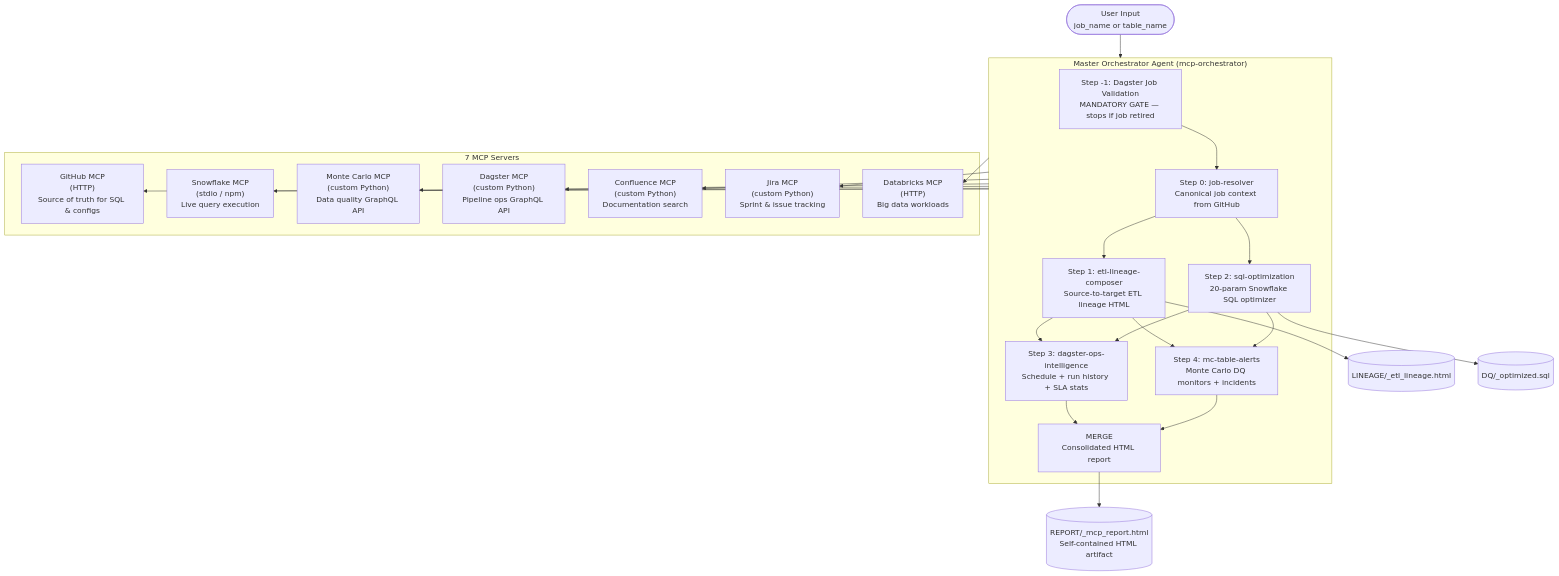
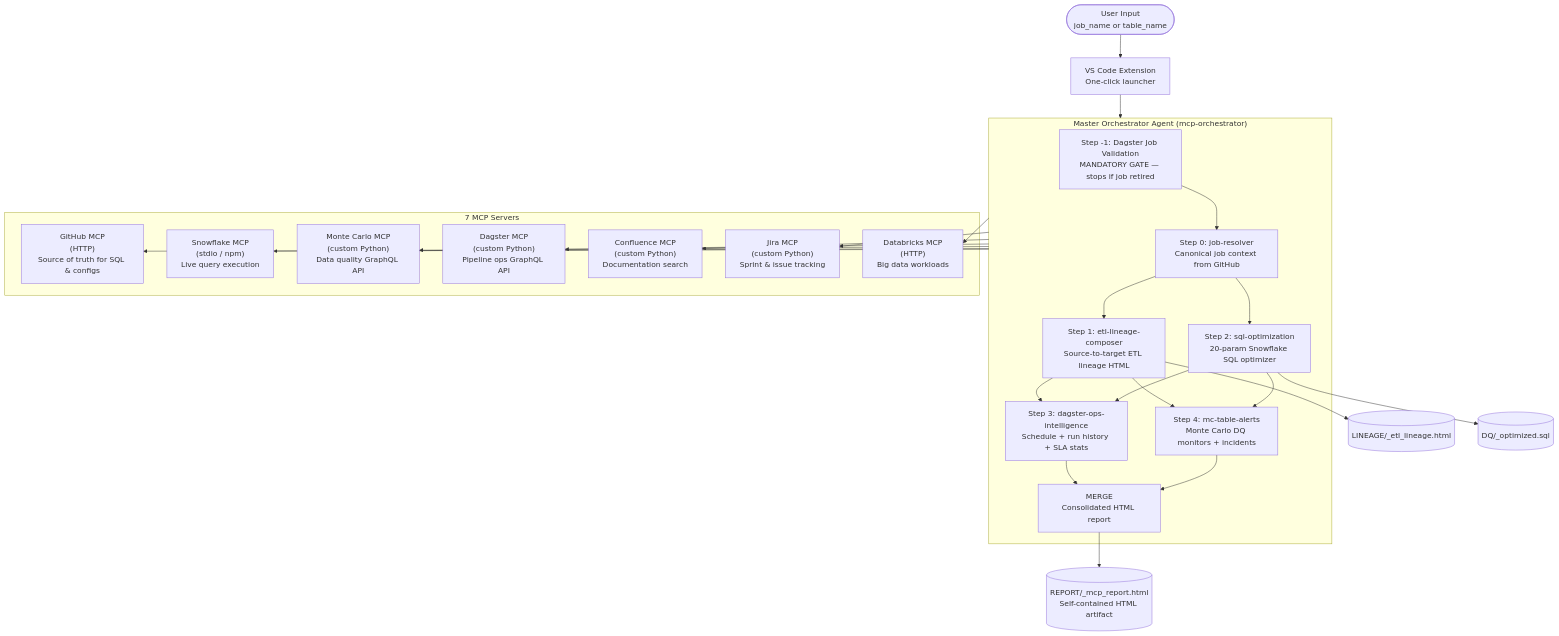
The diagram in README.md (singhsushil-nexgenai/enterprise-mcp-agent-orchestrator), drawn with Mermaid before and after one commit. The commit also changed other lines of this file, not shown here.

````diff
--- a/README.md
+++ b/README.md
@@ -10,32 +45,33 @@
 ```mermaid
 flowchart TD
-    USER([User Input\njob_name or table_name]) --> ORCH
+    USER([User Input\njob_name or table_name]) --> EXT
+    EXT["VS Code Extension\nOne-click launcher"] --> ORCH
 
     subgraph ORCH["Master Orchestrator Agent (mcp-orchestrator)"]
         GATE["Step -1: Dagster Job Validation\nMANDATORY GATE — stops if job retired"]
         R["Step 0: job-resolver\nCanonical job context from GitHub"]
         L["Step 1: etl-lineage-composer\nSource-to-target ETL lineage HTML"]
         S["Step 2: sql-optimization\n20-param Snowflake SQL optimizer"]
         D["Step 3: dagster-ops-intelligence\nSchedule + run history + SLA stats"]
         M["Step 4: mc-table-alerts\nMonte Carlo DQ monitors + incidents"]
         MERGE["MERGE\nConsolidated HTML report"]
 
         GATE --> R --> L & S --> D & M --> MERGE
     end
 
     subgraph MCP["7 MCP Servers"]
         GH["GitHub MCP\n(HTTP)\nSource of truth for SQL & configs"]
         SF["Snowflake MCP\n(stdio / npm)\nLive query execution"]
         MC["Monte Carlo MCP\n(custom Python)\nData quality GraphQL API"]
         DAG["Dagster MCP\n(custom Python)\nPipeline ops GraphQL API"]
         CONF["Confluence MCP\n(custom Python)\nDocumentation search"]
         JIRA["Jira MCP\n(custom Python)\nSprint & issue tracking"]
         DB["Databricks MCP\n(HTTP)\nBig data workloads"]
     end
 
     ORCH --> GH & SF & MC & DAG & CONF & JIRA & DB
 
     MERGE --> RPT[("REPORT/<job>_mcp_report.html\nSelf-contained HTML artifact")]
     L --> LIN[("LINEAGE/<job>_etl_lineage.html")]
     S --> DQ[("DQ/<file>_optimized.sql")]
 ```
````
